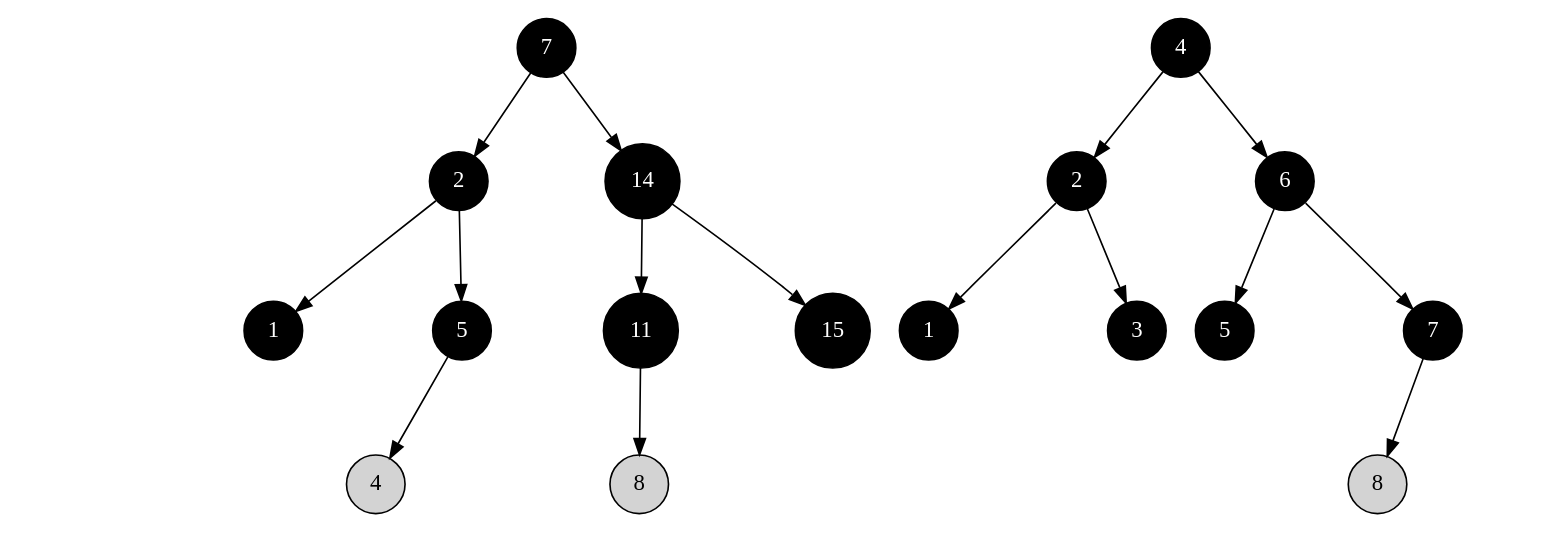
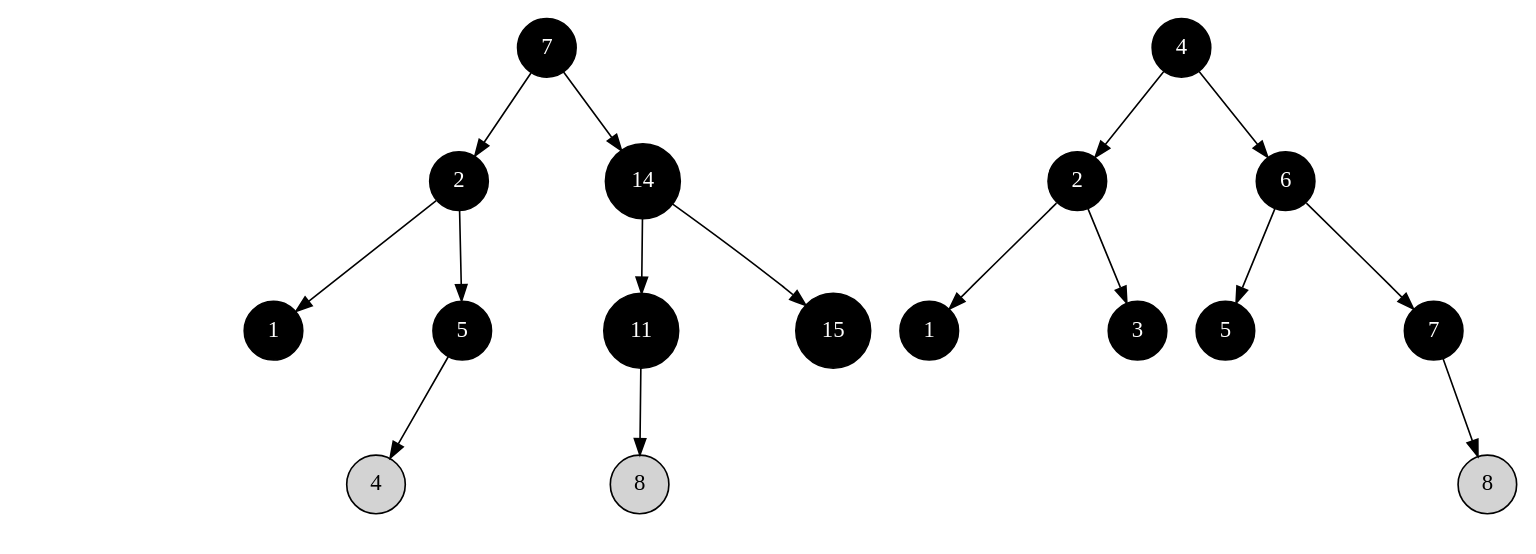
Before and after one commit to liuxinyu95/AlgoXY: the diagram in datastruct/tree/red-black-tree/img/insert-haskell.dot, drawn with Graphviz. The commit also changed 1 other file, not shown here.

```diff
--- a/datastruct/tree/red-black-tree/img/insert-haskell.dot
+++ b/datastruct/tree/red-black-tree/img/insert-haskell.dot
@@ -1,61 +1,62 @@
 /*red black trees by Haskell insertion*/
 /*
  * tree 1
 (((. 1:B .) 2:B ((. 4:R .) 5:B .)) 7:B (((. 8:R .) 11:B .) 14:B (. 15:B .)))
  * tree 2
 (((. 1:B .) 2:B (. 3:B .)) 4:B ((. 5:B .) 6:B (. 7:B (. 8:R .))))*/
 digraph G{
     margin="0";
 	node [shape=circle,style=filled, fillcolor=black, fontcolor=white];
 
 	/*subgraph cluster0*/{
 		e7[label="", style=invis];
 		7->2; 7->e7[style=invis]; 7->14;
 		{rank=same 2->e7->14 [style=invis]}
 
 		e2[label="", style=invis];
 		2->1; 2->e2[style=invis]; 2->5;
 		{rank=same 1->e2->5 [style=invis]}
 
 		e14[label="", style=invis];
 		14->11; 14->e14[style=invis]; 14->15;
 		{rank=same 11->e14->15 [style=invis]}
 
 		e1l[style=invis]; e1[style=invis]; e1r[style=invis];
 		1->e1l[style=invis]; 1->e1[style=invis]; 1->e1r[style=invis]
 
 		4 [fillcolor=lightgray, fontcolor=black];
 		e5[label="", style=invis];
 		e5r[label="", style=invis];
 		5->4; 5->e5[style=invis]; 5->e5r[style=invis];
 		{rank=same 4->e5->e5r [style=invis]}
 
 		8 [fillcolor=lightgray, fontcolor=black];
 		e11[label="", style=invis];
 		e11r[label="", style=invis];
 		11 -> 8; 11->e11[style=invis]; 11->e11r[style=invis];
 		{rank=same 8->e11->e11r [style=invis]}
 	}
 
 	/*subgraph cluster1*/{
 		b1[label="1"];
 		b2[label="2"];
 		b3[label="3"];
 		b4[label="4"];
 		b5[label="5"];
 		b6[label="6"];
 		b7[label="7"];
 		b8[label="8", fillcolor=lightgray, fontcolor=black];
 
 		b4->b2; be4[style=invis]; b4->be4[style=invis]; b4->b6;
 		{rank=same b2->be4->b6[style=invis]}
 
 		b2->b1; be2[style=invis]; b2->be2[style=invis]; b2->b3;
 		{rank=same b1->be2->b3[style=invis]}
 
 		b6->b5; be6[style=invis]; b6->be6[style=invis]; b6->b7;
 		{rank=same b5->be6->b7[style=invis]}
 
-		be7l[style=invis]; b7->be7l[style=invis]; b7->b8
+		be7l[style=invis]; b7->be7l[style=invis]; b7->b8;
+        {rank=same be7l->b8[style=invis]}
 	}
 }
```
